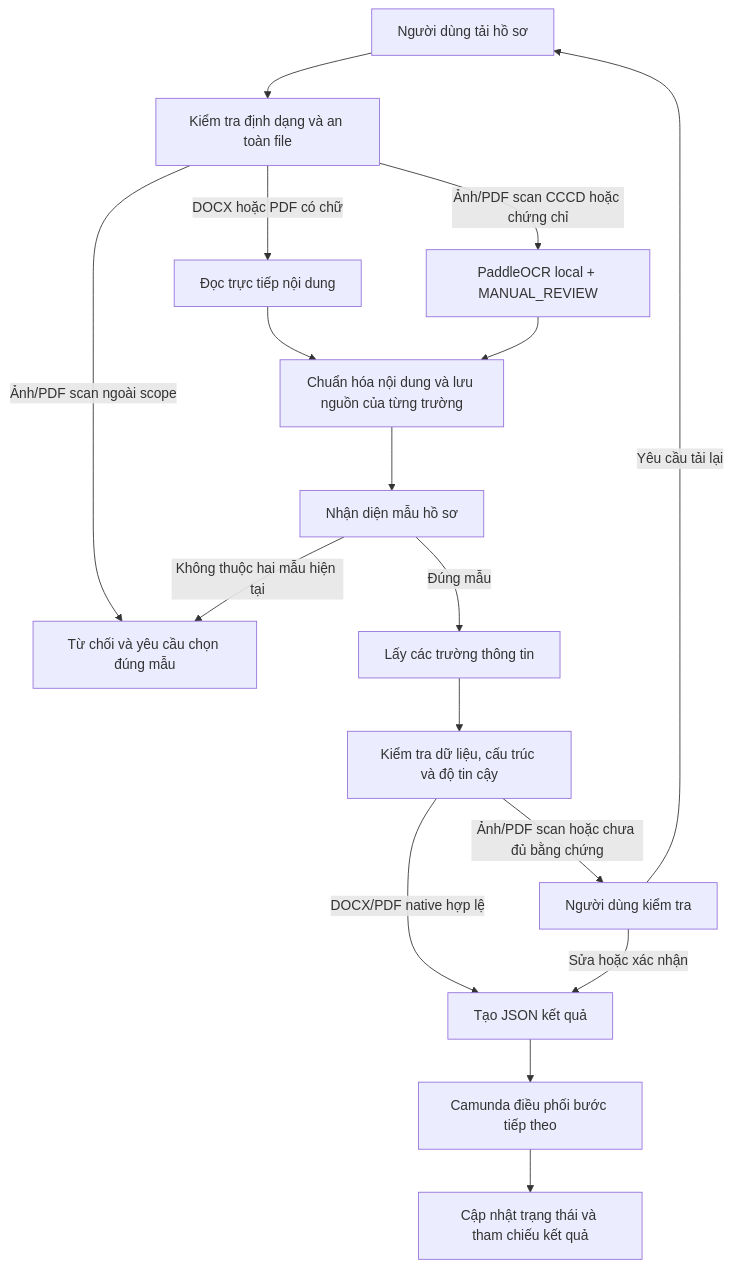
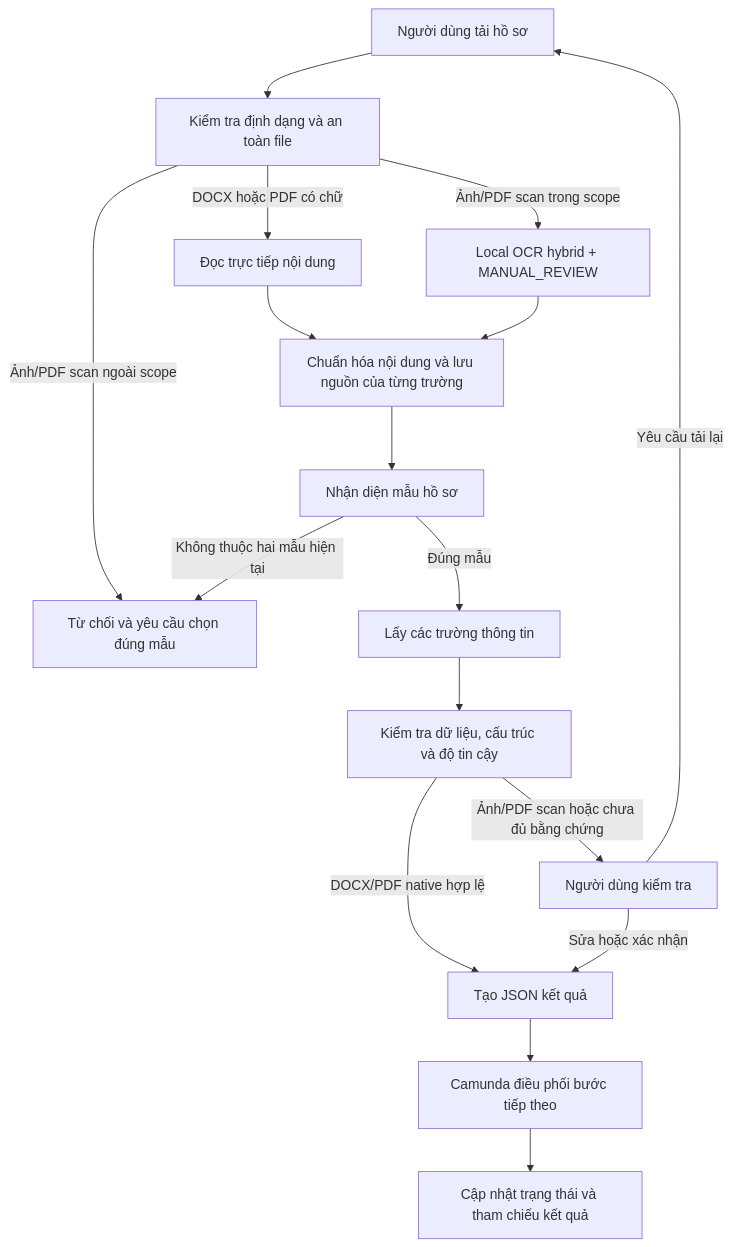
One commit to tandung060604-prog/hcns-automation-agent changed the diagram in README.md. Above: the diagram before and after it, drawn with Mermaid. The commit also changed other lines of this file and 4 other files, not shown here.

Commit message:
docs: publish DATA-17 OCR hybrid status

````diff
--- a/README.md
+++ b/README.md
@@ -134,19 +153,19 @@
 ```mermaid
 flowchart TD
     A["Người dùng tải hồ sơ"] --> B["Kiểm tra định dạng và an toàn file"]
     B -->|"DOCX hoặc PDF có chữ"| C["Đọc trực tiếp nội dung"]
-    B -->|"Ảnh/PDF scan CCCD hoặc chứng chỉ"| D["PaddleOCR local + MANUAL_REVIEW"]
+    B -->|"Ảnh/PDF scan trong scope"| D["Local OCR hybrid + MANUAL_REVIEW"]
     B -->|"Ảnh/PDF scan ngoài scope"| X["Từ chối OCR theo policy"]
     C --> E["Chuẩn hóa nội dung và lưu nguồn của từng trường"]
     D --> E
     E --> F["Nhận diện mẫu hồ sơ"]
     F -->|"Không thuộc hai mẫu hiện tại"| X["Từ chối và yêu cầu chọn đúng mẫu"]
     F -->|"Đúng mẫu"| G["Lấy các trường thông tin"]
     G --> H["Kiểm tra dữ liệu, cấu trúc và độ tin cậy"]
     H -->|"DOCX/PDF native hợp lệ"| I["Tạo JSON kết quả"]
     H -->|"Ảnh/PDF scan hoặc chưa đủ bằng chứng"| J["Người dùng kiểm tra"]
     J -->|"Sửa hoặc xác nhận"| I
     J -->|"Yêu cầu tải lại"| A
     I --> K["Camunda điều phối bước tiếp theo"]
     K --> L["Cập nhật trạng thái và tham chiếu kết quả"]
 ```
````
